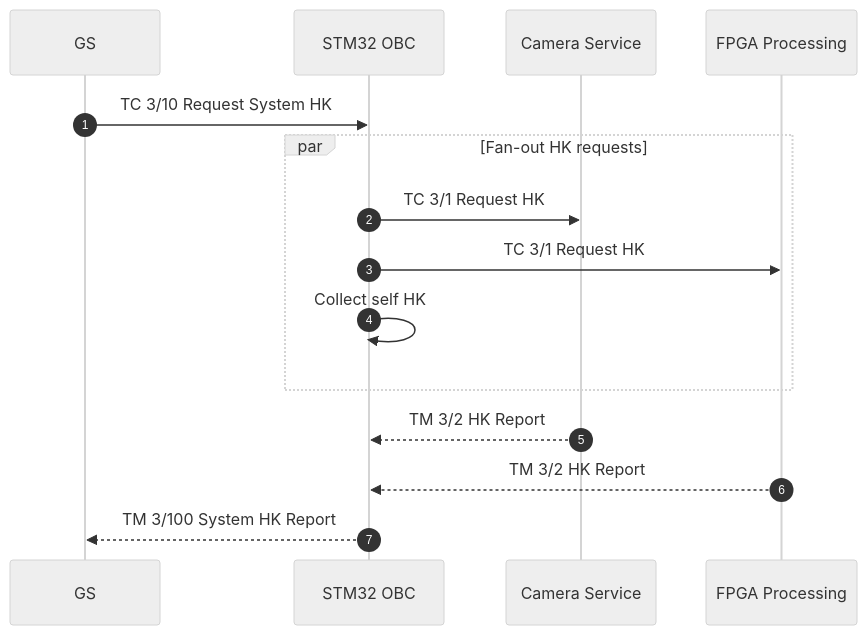
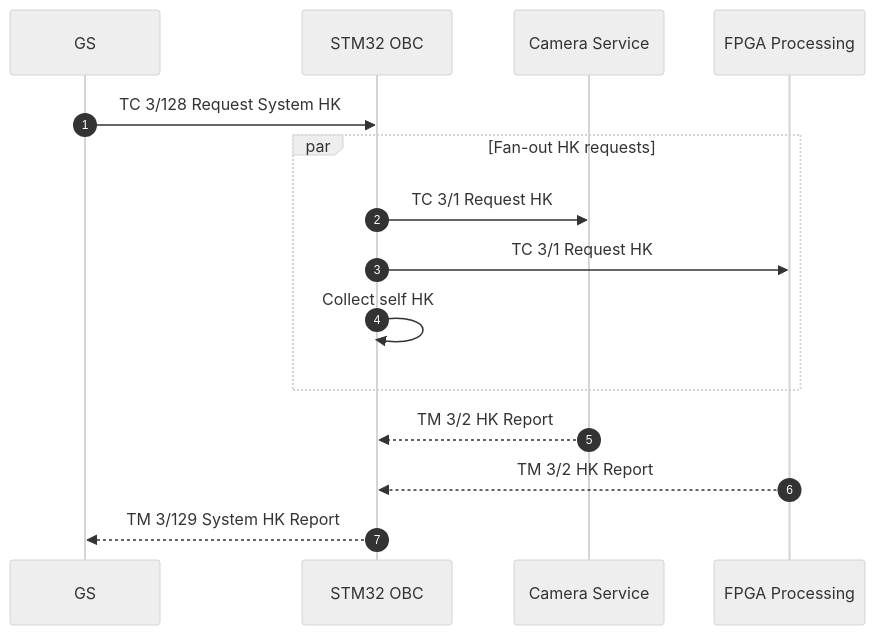
Before and after one commit to ExoSpaceLabs/exn: the first of 12 diagrams in docs/diagrams.md, drawn with Mermaid (neutral theme). The commit also changed other lines of this file, not shown here.

Commit message:
docs(exn): remove remaining PUS-A profile wording

````diff
--- a/docs/diagrams.md
+++ b/docs/diagrams.md
@@ -16,18 +16,18 @@
 ```mermaid
 sequenceDiagram
   autonumber
   participant GS as GS
   participant MCU as STM32 OBC
   participant CAM as Camera Service
   participant FPGA as FPGA Processing
 
-  GS->>MCU: TC 3/10 Request System HK
+  GS->>MCU: TC 3/128 Request System HK
   par Fan-out HK requests
     MCU->>CAM: TC 3/1 Request HK
     MCU->>FPGA: TC 3/1 Request HK
     MCU->>MCU: Collect self HK
   end
   CAM-->>MCU: TM 3/2 HK Report
   FPGA-->>MCU: TM 3/2 HK Report
-  MCU-->>GS: TM 3/100 System HK Report
+  MCU-->>GS: TM 3/129 System HK Report
 ```
````
